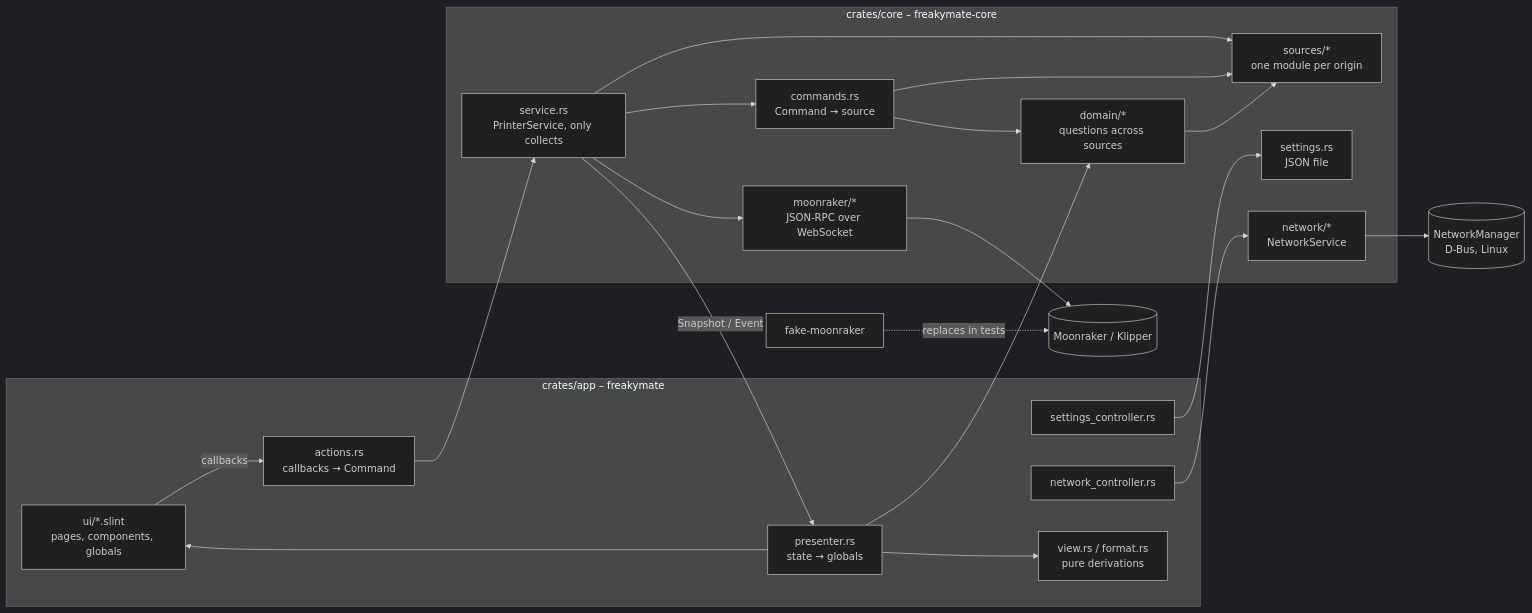
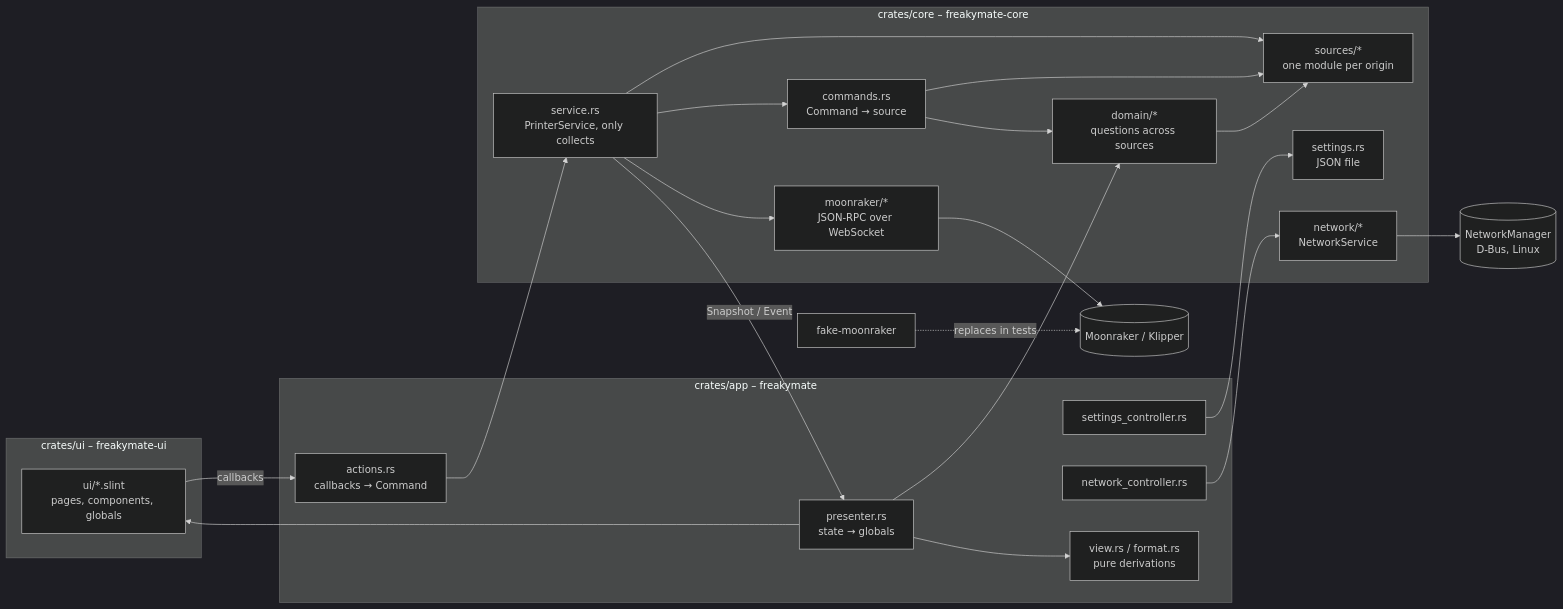
One commit to freakydude/klipper-touch changed the diagram in docs/architecture.md. Above: the diagram before and after it, drawn with Mermaid (dark theme). The commit also changed other lines of this file and 125 other files, not shown here.

````diff
--- a/docs/architecture.md
+++ b/docs/architecture.md
@@ -9,35 +9,37 @@
 ```mermaid
 flowchart LR
+    subgraph ui [crates/ui – freakymate-ui]
+        UI[ui/*.slint<br/>pages, components, globals]
+    end
     subgraph app [crates/app – freakymate]
-        UI[ui/*.slint<br/>pages, components, globals]
         P[presenter.rs<br/>state → globals]
         A[actions.rs<br/>callbacks → Command]
         S[settings_controller.rs]
         N[network_controller.rs]
         V[view.rs / format.rs<br/>pure derivations]
     end
     subgraph core [crates/core – freakymate-core]
         SVC[service.rs<br/>PrinterService, only collects]
         CMD[commands.rs<br/>Command → source]
         DOM[domain/*<br/>questions across sources]
         SRC[sources/*<br/>one module per origin]
         MR[moonraker/*<br/>JSON-RPC over WebSocket]
         SET[settings.rs<br/>JSON file]
         NET[network/*<br/>NetworkService]
     end
     M[(Moonraker / Klipper)]
     F[fake-moonraker]
     NM[(NetworkManager<br/>D-Bus, Linux)]
 
     UI -- callbacks --> A --> SVC
     SVC -- Snapshot / Event --> P --> UI
     P --> V
     P --> DOM
     S --> SET
     SVC --> CMD --> DOM --> SRC
     CMD --> SRC
     SVC --> SRC
     SVC --> MR --> M
     F -. replaces in tests .-> M
     N --> NET --> NM
 ```
````
